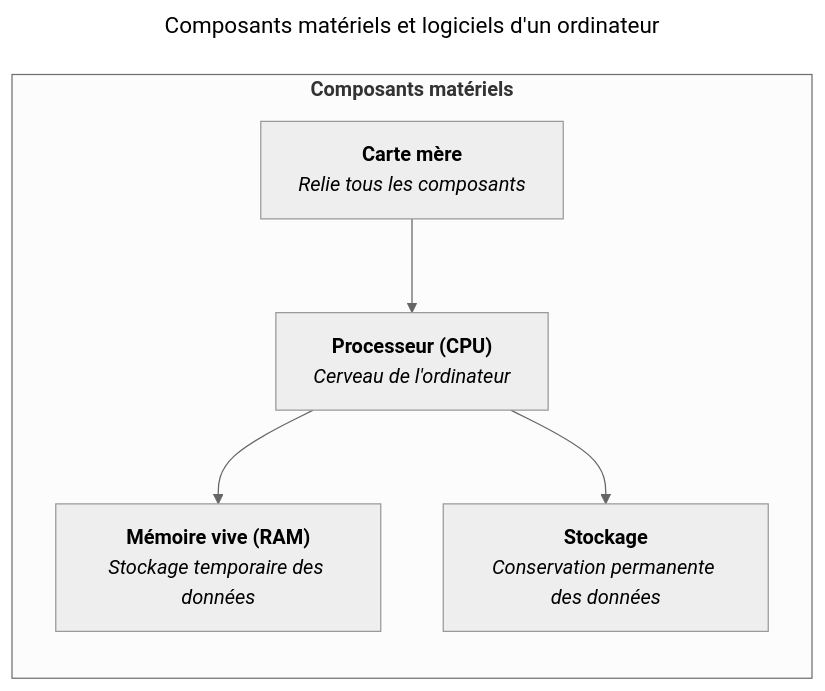
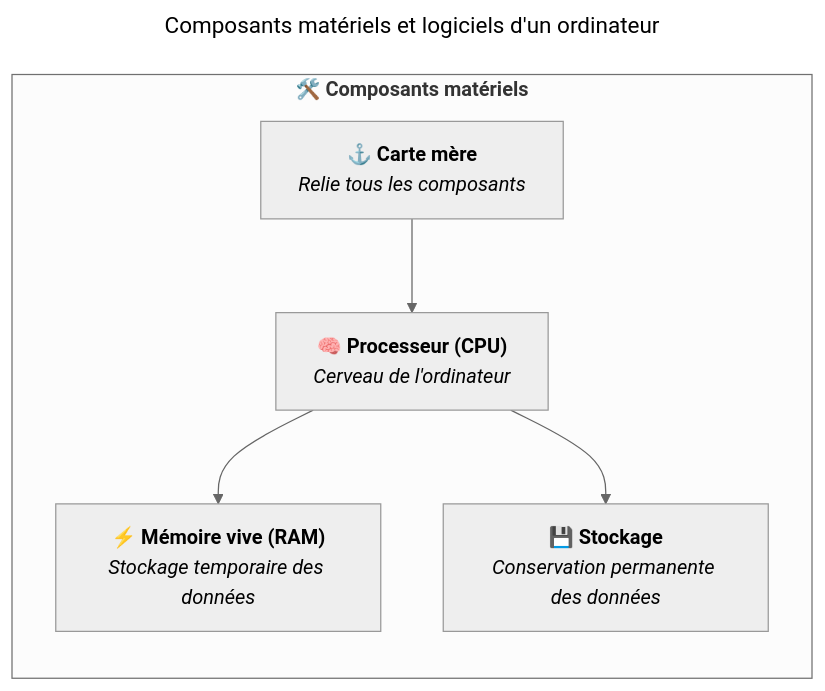
The diagram in src/content/docs/03-composants-materiels-et-logiciels-dun-ordinateur/05-carte-mere.mdx (heig-vd-upinfo-course/heig-vd-upinfo-course), drawn with Mermaid (neutral theme) before and after one commit. The commit also changed other lines of this file and 26 other files, not shown here.

````diff
--- a/src/content/docs/03-composants-materiels-et-logiciels-dun-ordinateur/05-carte-mere.mdx
+++ b/src/content/docs/03-composants-materiels-et-logiciels-dun-ordinateur/05-carte-mere.mdx
@@ -56,30 +56,30 @@
 ```mermaid
 ---
 title: Composants matériels et logiciels d'un ordinateur
 ---
 flowchart
   CPU["`
-    **Processeur (CPU)**
+    **🧠 Processeur (CPU)**
     _Cerveau de l'ordinateur_
   `"]
   RAM["`
-    **Mémoire vive (RAM)**
+    **⚡ Mémoire vive (RAM)**
     _Stockage temporaire des données_
   `"]
   Storage["`
-    **Stockage**
+    **💾 Stockage**
     _Conservation permanente des données_
   `"]
   Motherboard["`
-    **Carte mère**
+    **⚓ Carte mère**
     _Relie tous les composants_
   `"]
 
-  subgraph Hardware["`**Composants matériels**`"]
+  subgraph Hardware["`**🛠️ Composants matériels**`"]
     direction TB
 
     CPU --> RAM
     CPU --> Storage
     Motherboard --> CPU
   end
 ```
````
